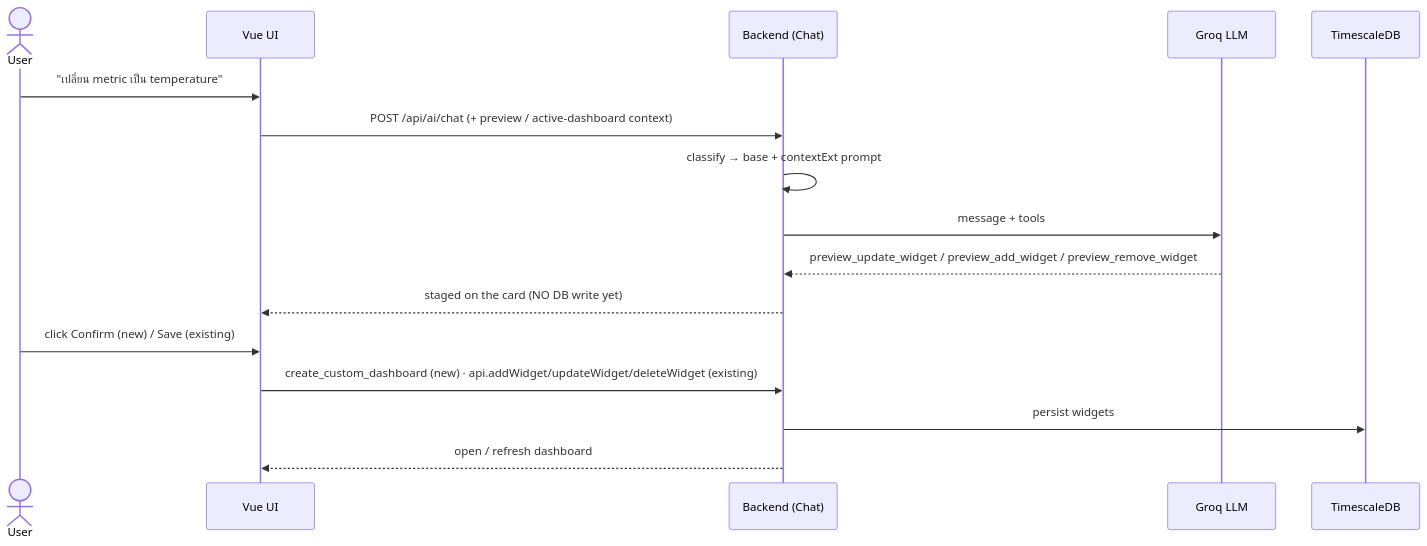
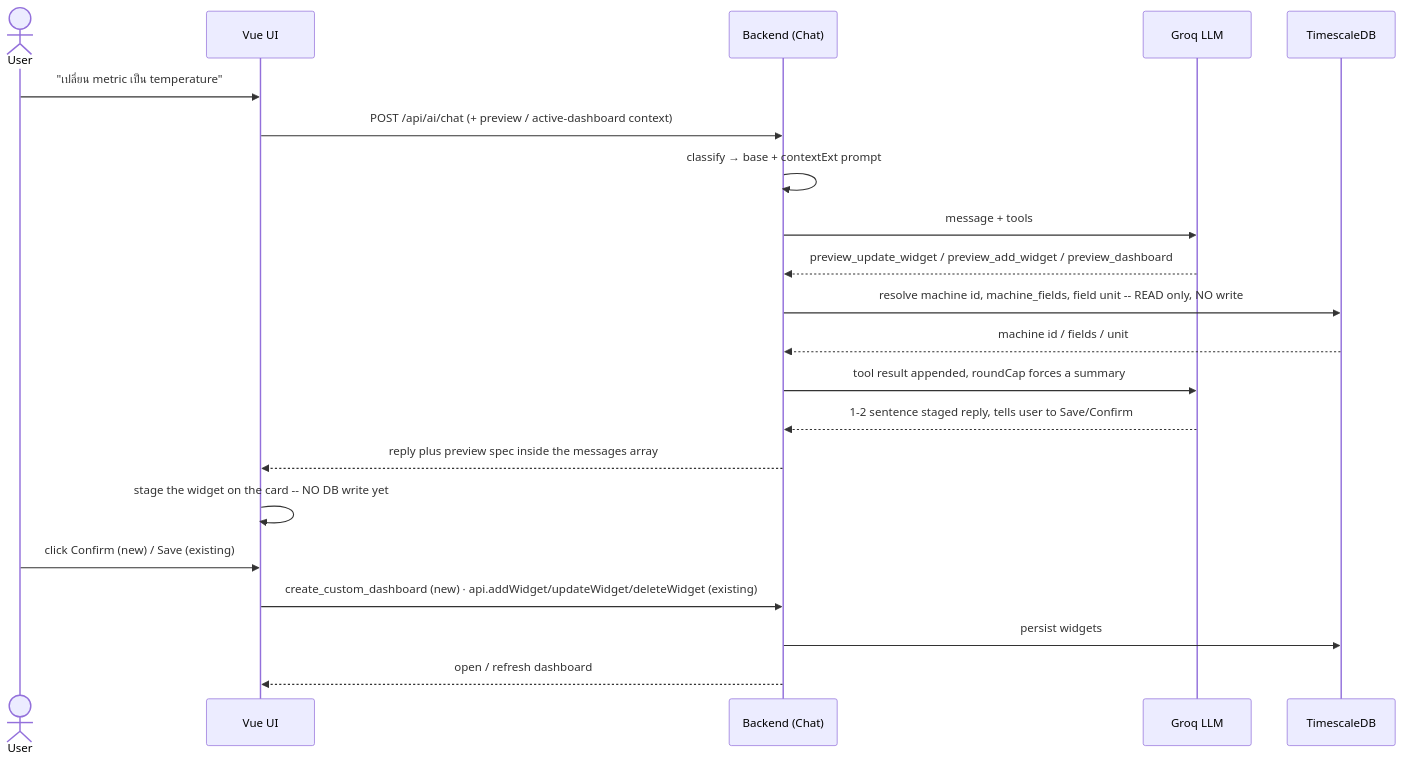
One commit to pepegummo/Project-Dashboard changed the fifth of 6 diagrams in docs/AI_ARCHITECTURE.md. Above: the diagram before and after it, drawn with Mermaid. The commit also changed other lines of this file and 8 other files, not shown here.

````diff
--- a/docs/AI_ARCHITECTURE.md
+++ b/docs/AI_ARCHITECTURE.md
@@ -302,19 +335,24 @@
 ```mermaid
 sequenceDiagram
     actor User
     participant UI as Vue UI
     participant BE as Backend (Chat)
     participant LLM as Groq LLM
     participant DB as TimescaleDB
 
     User->>UI: "เปลี่ยน metric เป็น temperature"
     UI->>BE: POST /api/ai/chat (+ preview / active-dashboard context)
     BE->>BE: classify → base + contextExt prompt
     BE->>LLM: message + tools
-    LLM-->>BE: preview_update_widget / preview_add_widget / preview_remove_widget
-    BE-->>UI: staged on the card (NO DB write yet)
+    LLM-->>BE: preview_update_widget / preview_add_widget / preview_dashboard
+    BE->>DB: resolve machine id, machine_fields, field unit -- READ only, NO write
+    DB-->>BE: machine id / fields / unit
+    BE->>LLM: tool result appended, roundCap forces a summary
+    LLM-->>BE: 1-2 sentence staged reply, tells user to Save/Confirm
+    BE-->>UI: reply plus preview spec inside the messages array
+    UI->>UI: stage the widget on the card -- NO DB write yet
     User->>UI: click Confirm (new) / Save (existing)
     UI->>BE: create_custom_dashboard (new)  ·  api.addWidget/updateWidget/deleteWidget (existing)
     BE->>DB: persist widgets
     BE-->>UI: open / refresh dashboard
 ```
````
